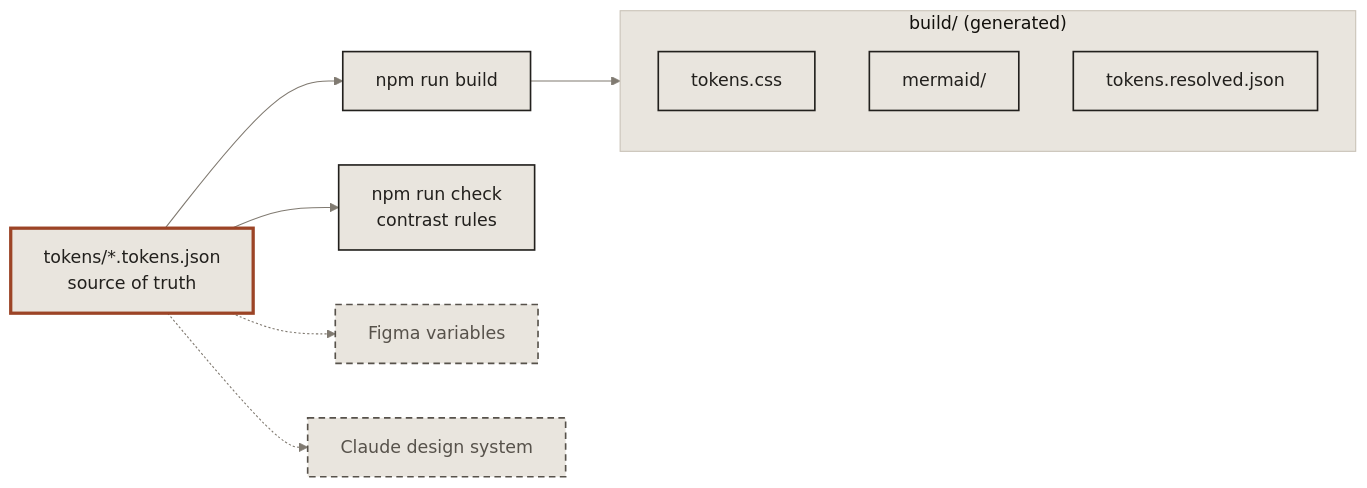
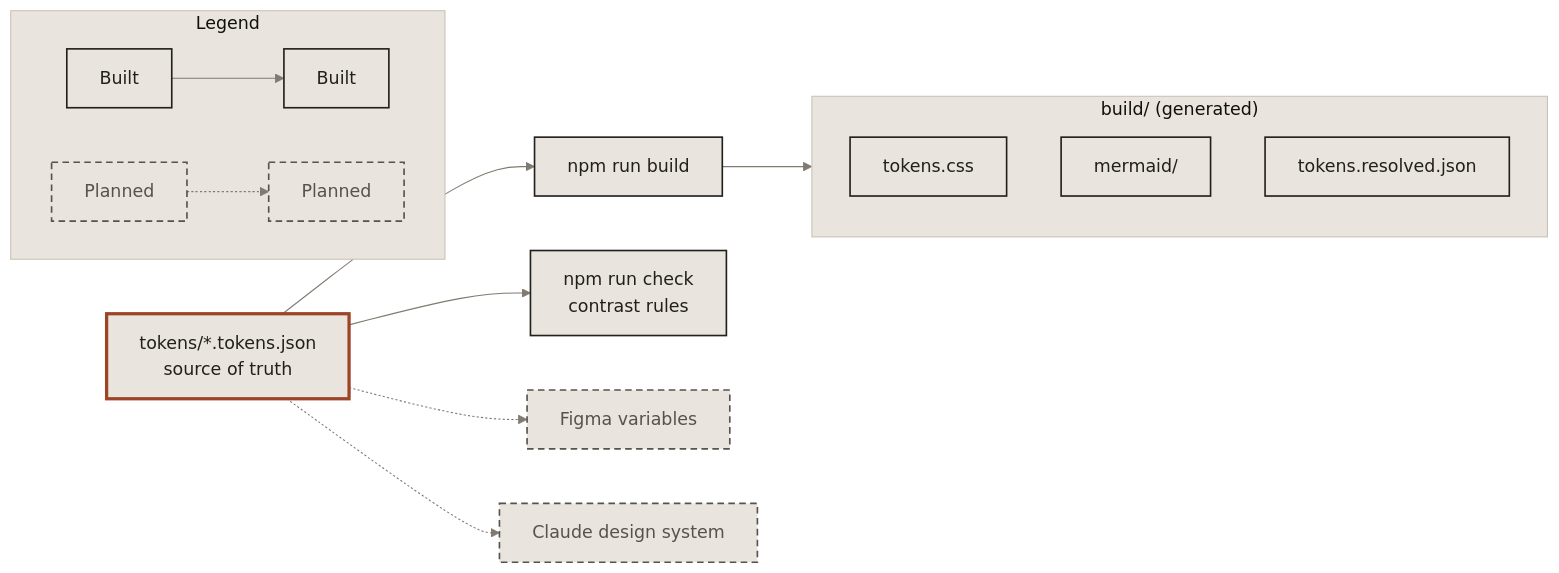
The diagram in README.md (miguelmog10/mise-en-place), drawn with Mermaid before and after one commit. The commit also changed other lines of this file and 37 other files, not shown here.

First line of the commit message:
feat: screen theme family and diagram rules (v0.2.0) (#4)

````diff
--- a/README.md
+++ b/README.md
@@ -26,39 +28,45 @@
 ```mermaid
 ---
 config:
   theme: base
   fontFamily: "system-ui, -apple-system, \"Segoe UI\", \"Roboto\", \"Helvetica\", \"Arial\", sans-serif"
   themeVariables:
     background: "#e9e5de"
     fontFamily: "system-ui, -apple-system, \"Segoe UI\", \"Roboto\", \"Helvetica\", \"Arial\", sans-serif"
     fontSize: "16px"
     primaryColor: "#e9e5de"
     primaryTextColor: "#22201d"
     primaryBorderColor: "#22201d"
     lineColor: "#807a71"
     textColor: "#22201d"
     clusterBkg: "#e9e5de"
     clusterBorder: "#c9c2b7"
     edgeLabelBackground: "#e9e5de"
 ---
 flowchart LR
   classDef built fill:#e9e5de,stroke:#22201d,stroke-width:1.5px,color:#22201d
   classDef planned fill:#e9e5de,stroke:#57524b,stroke-width:1.5px,stroke-dasharray:6 4,color:#57524b
   classDef focus fill:#e9e5de,stroke:#9c4426,stroke-width:3px,color:#22201d
 
   tokens["tokens/*.tokens.json<br/>source of truth"]:::focus
   build["npm run build"]:::built
   subgraph out["build/ (generated)"]
     css["tokens.css"]:::built
     mmd["mermaid/"]:::built
     json["tokens.resolved.json"]:::built
   end
   check["npm run check<br/>contrast rules"]:::built
   figma["Figma variables"]:::planned
   claude["Claude design system"]:::planned
 
   tokens --> build --> out
   tokens --> check
   tokens -.-> figma
   tokens -.-> claude
+
+  subgraph legend["Legend"]
+    direction LR
+    lb1["Built"]:::built --> lb2["Built"]:::built
+    lp1["Planned"]:::planned -.-> lp2["Planned"]:::planned
+  end
 ```
````
